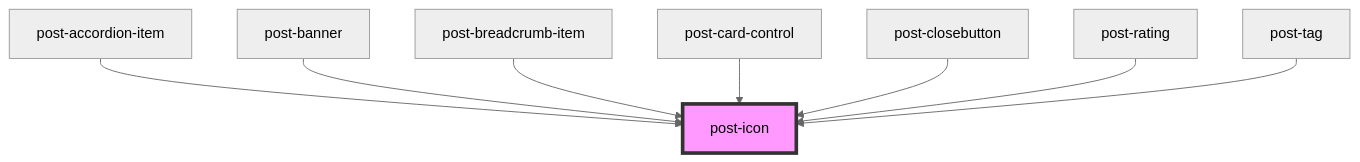
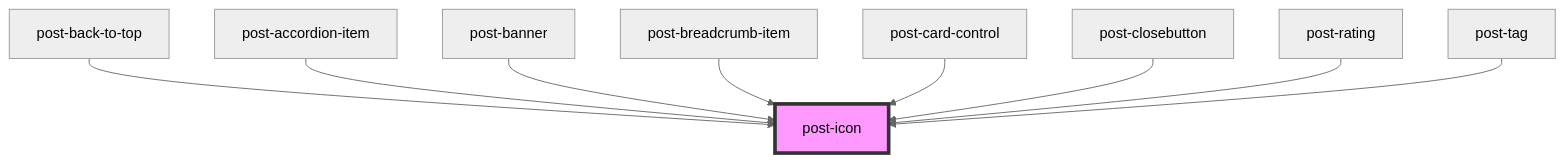
The diagram in packages/components/src/components/post-icon/readme.md (swisspost/design-system), drawn with Mermaid (neutral theme) before and after one commit. The commit also changed other lines of this file and 15 other files, not shown here.

Commit message:
feat(components): back-to-top button component (#3991)

````diff
--- a/packages/components/src/components/post-icon/readme.md
+++ b/packages/components/src/components/post-icon/readme.md
@@ -34,11 +35,12 @@
 ```mermaid
 graph TD;
+  post-back-to-top --> post-icon
   post-accordion-item --> post-icon
   post-banner --> post-icon
   post-breadcrumb-item --> post-icon
   post-card-control --> post-icon
   post-closebutton --> post-icon
   post-rating --> post-icon
   post-tag --> post-icon
   style post-icon fill:#f9f,stroke:#333,stroke-width:4px
 ```
````
